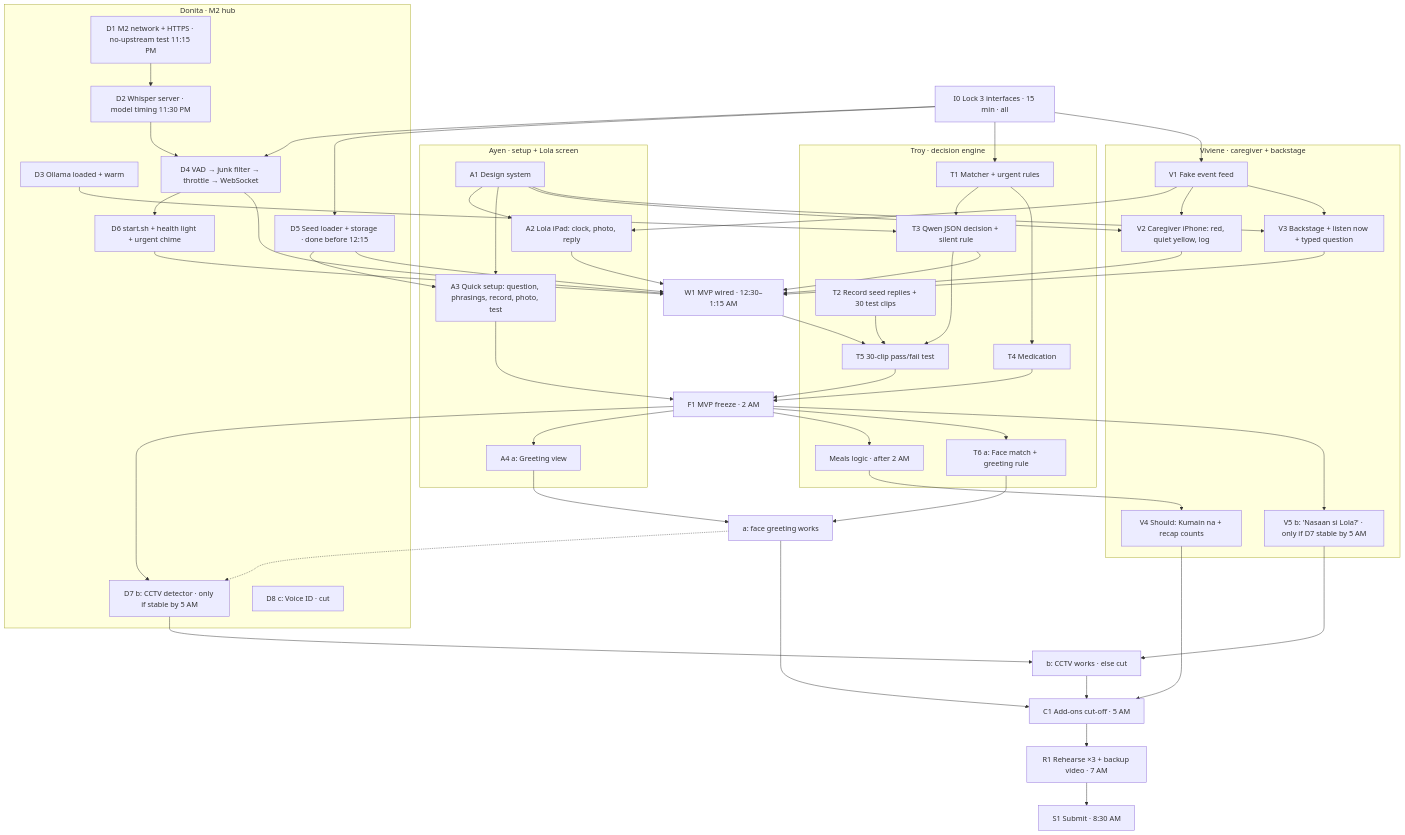
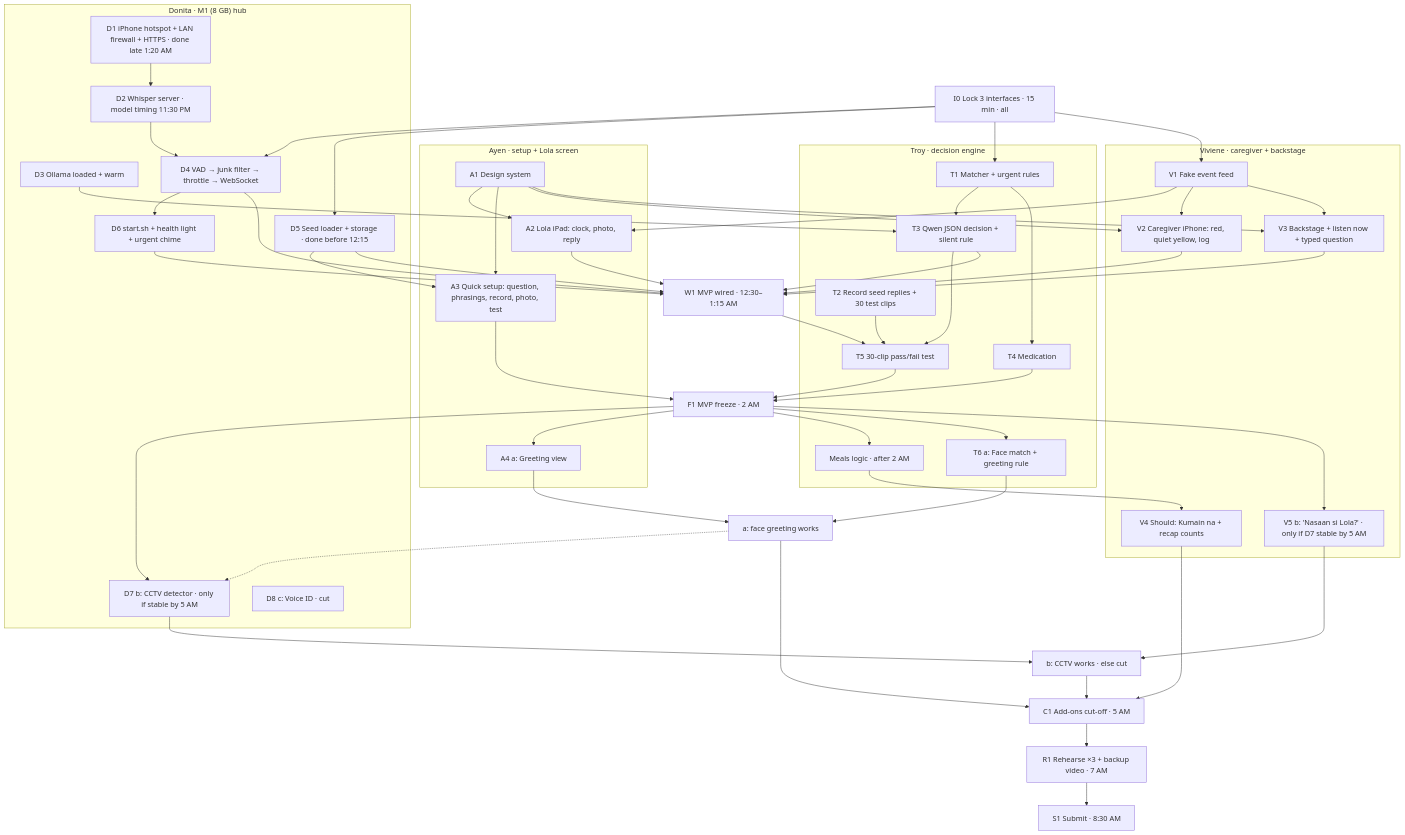
One commit to Troy-LL/appsolutely changed the diagram in docs/sino/mvp-plan.md. Above: the diagram before and after it, drawn with Mermaid. The commit also changed other lines of this file and 11 other files, not shown here.

First line of the commit message:
Plan for the M1 8 GB hub and a firewalled hotspot LAN

````diff
--- a/docs/sino/mvp-plan.md
+++ b/docs/sino/mvp-plan.md
@@ -103,59 +103,59 @@
 ```mermaid
 flowchart TD
   I0[I0 Lock 3 interfaces · 15 min · all]
 
   subgraph Troy["Troy · decision engine"]
     T1[T1 Matcher + urgent rules]
     T2[T2 Record seed replies + 30 test clips]
     T3[T3 Qwen JSON decision + silent rule]
     T4[T4 Medication]
     T4m[Meals logic · after 2 AM]
     T5[T5 30-clip pass/fail test]
     T6[T6 a: Face match + greeting rule]
   end
-  subgraph Donita["Donita · M2 hub"]
-    D1[D1 M2 network + HTTPS · no-upstream test 11:15 PM]
+  subgraph Donita["Donita · M1 (8 GB) hub"]
+    D1[D1 iPhone hotspot + LAN firewall + HTTPS · done late 1:20 AM]
     D2[D2 Whisper server · model timing 11:30 PM]
     D3[D3 Ollama loaded + warm]
     D4[D4 VAD → junk filter → throttle → WebSocket]
     D5[D5 Seed loader + storage · done before 12:15]
     D6[D6 start.sh + health light + urgent chime]
     D7[D7 b: CCTV detector · only if stable by 5 AM]
     D8[D8 c: Voice ID · cut]
   end
   subgraph Ayen["Ayen · setup + Lola screen"]
     A1[A1 Design system]
     A2[A2 Lola iPad: clock, photo, reply]
     A3[A3 Quick setup: question, phrasings, record, photo, test]
     A4[A4 a: Greeting view]
   end
   subgraph Viv["Viviene · caregiver + backstage"]
     V1[V1 Fake event feed]
     V2[V2 Caregiver iPhone: red, quiet yellow, log]
     V3[V3 Backstage + listen now + typed question]
     V4[V4 Should: Kumain na + recap counts]
     V5[V5 b: 'Nasaan si Lola?' · only if D7 stable by 5 AM]
   end
 
   I0 --> T1 & D4 & D5 & V1
   T1 --> T3 --> T5
   T1 --> T4
   T2 --> T5
   D3 --> T3
   D1 --> D2 --> D4 --> D6
   A1 --> A2 & A3 & V2 & V3
   V1 --> A2 & V2 & V3
   D5 --> A3
   D4 & D5 & D6 & T3 & A2 & V2 & V3 --> W[W1 MVP wired · 12:30–1:15 AM]
   W --> T5 --> F[F1 MVP freeze · 2 AM]
   T4 & A3 --> F
   F --> T4m --> V4
   F --> T6 & A4
   T6 & A4 --> XA[a: face greeting works]
   XA -.-> D7
   F --> D7 & V5
   D7 & V5 --> XB[b: CCTV works · else cut]
   XA & XB & V4 --> C[C1 Add-ons cut-off · 5 AM]
   C --> R[R1 Rehearse ×3 + backup video · 7 AM]
   R --> S[S1 Submit · 8:30 AM]
 ```
````
